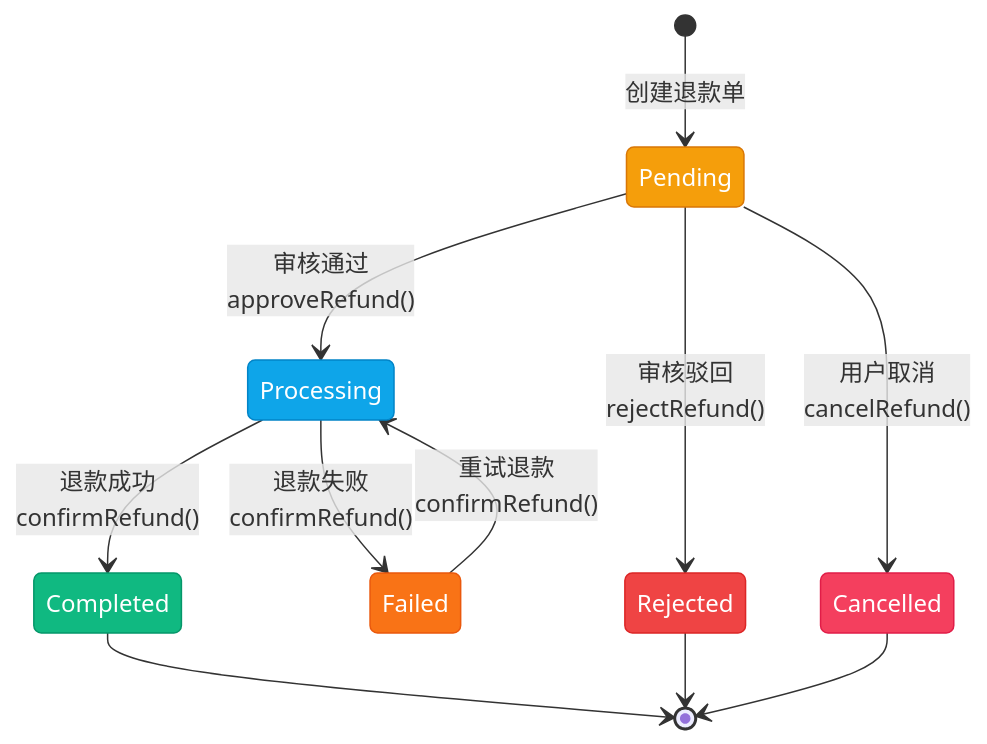
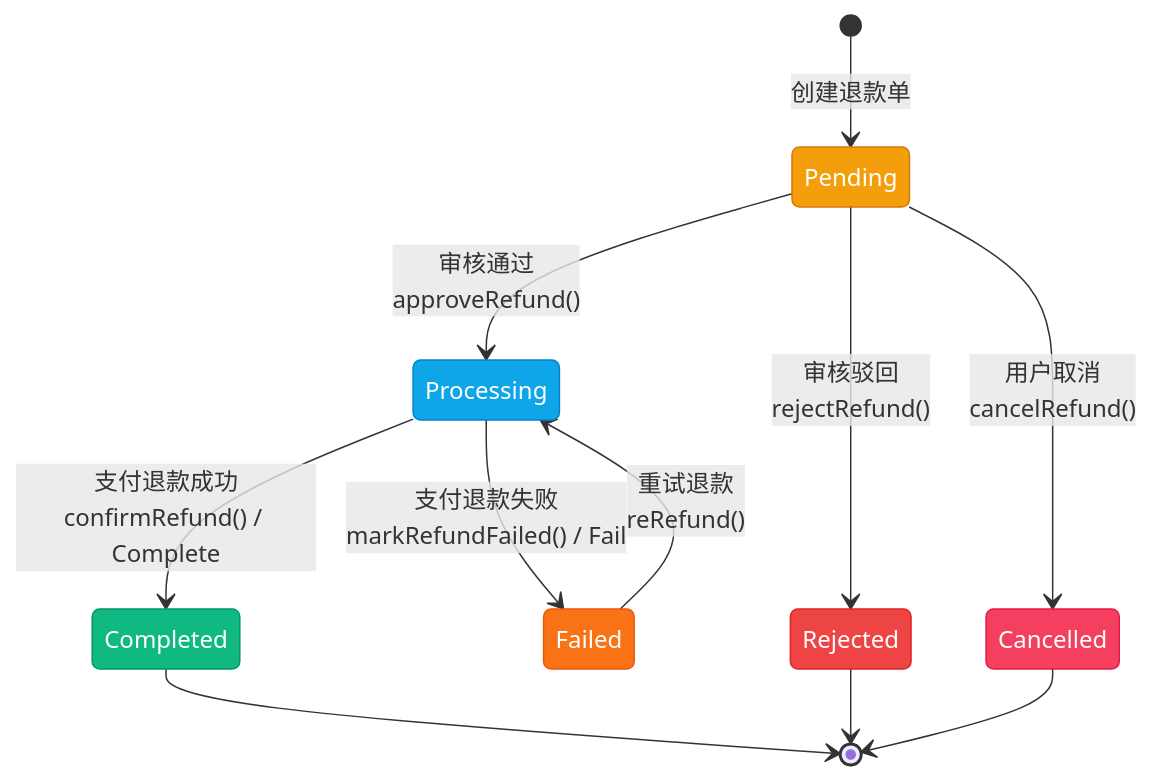
One commit to jasonencode/saas changed the first of 5 diagrams in docs/flows/refund-status.md. Above: the diagram before and after it, drawn with Mermaid. The commit also changed other lines of this file and 6 other files, not shown here.

````diff
--- a/docs/flows/refund-status.md
+++ b/docs/flows/refund-status.md
@@ -25,31 +25,31 @@
 ```mermaid
 stateDiagram-v2
     [*] --> Pending : 创建退款单
     
     Pending --> Processing : 审核通过<br/>approveRefund()
     Pending --> Rejected : 审核驳回<br/>rejectRefund()
     Pending --> Cancelled : 用户取消<br/>cancelRefund()
     
-    Processing --> Completed : 退款成功<br/>confirmRefund()
-    Processing --> Failed : 退款失败<br/>confirmRefund()
+    Processing --> Completed : 支付退款成功<br/>confirmRefund() / Complete
+    Processing --> Failed : 支付退款失败<br/>markRefundFailed() / Fail
     
-    Failed --> Processing : 重试退款<br/>confirmRefund()
+    Failed --> Processing : 重试退款<br/>reRefund()
     
     Completed --> [*]
     Rejected --> [*]
     Cancelled --> [*]
     
     classDef pending fill:#f59e0b,stroke:#d97706,color:white
     classDef processing fill:#0ea5e9,stroke:#0284c7,color:white
     classDef completed fill:#10b981,stroke:#059669,color:white
     classDef rejected fill:#ef4444,stroke:#dc2626,color:white
     classDef cancelled fill:#f43f5e,stroke:#e11d48,color:white
     classDef failed fill:#f97316,stroke:#ea580c,color:white
     
     class Pending pending
     class Processing processing
     class Completed completed
     class Rejected rejected
     class Cancelled cancelled
     class Failed failed
 ```
````
